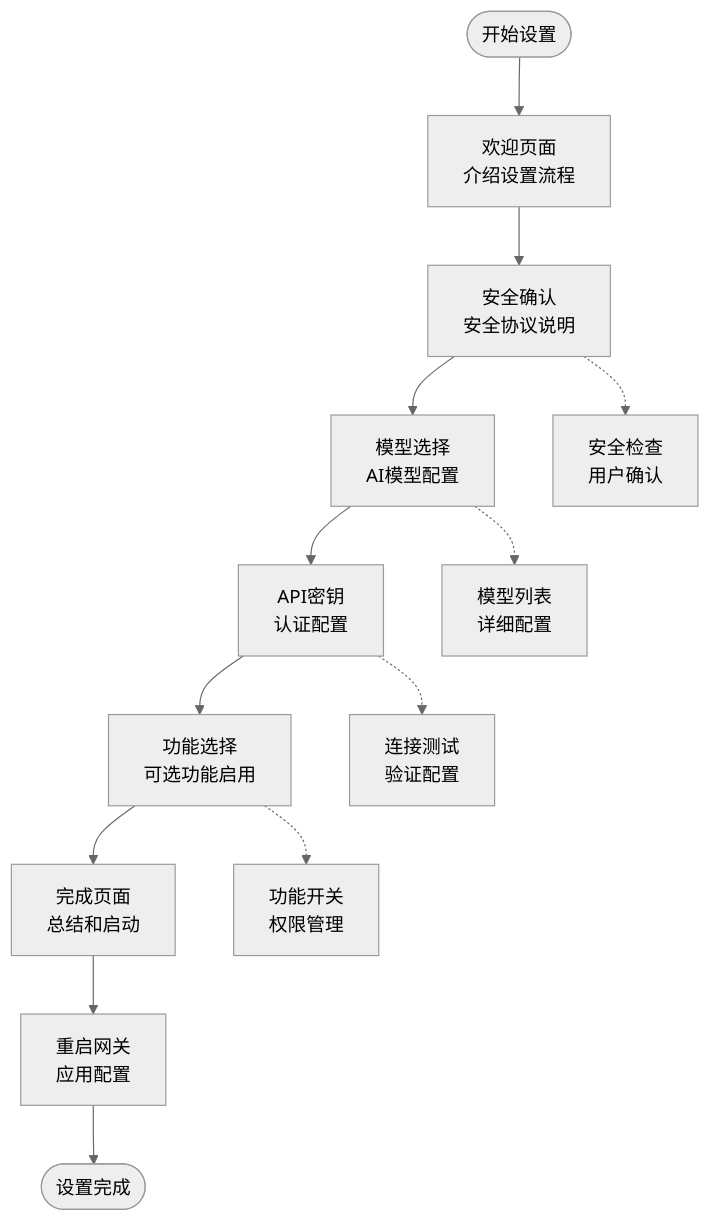
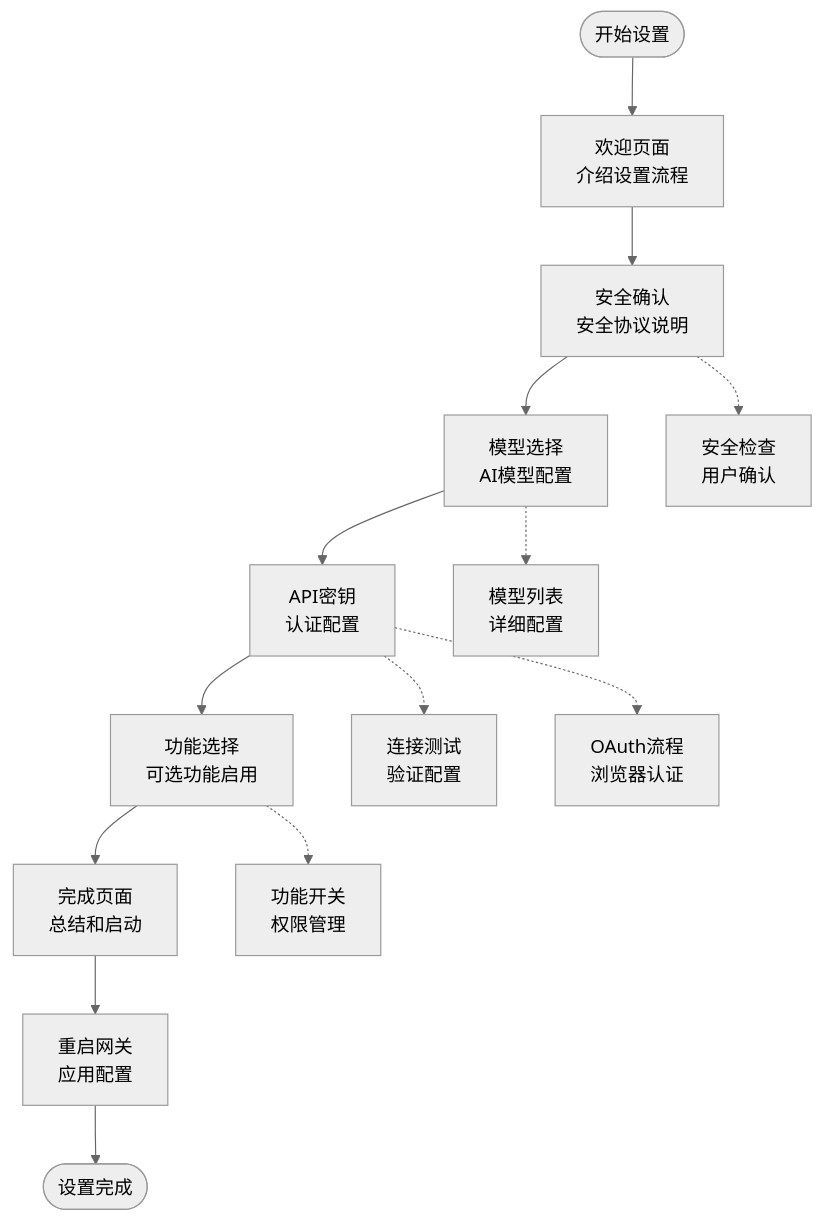
Before and after one commit to verse-ai-org/openclaw: the fourth of 10 diagrams in .qoder/repowiki/zh/content/开发者指南/设置向导系统.md, drawn with Mermaid (neutral theme). The commit also changed other lines of this file and 32 other files, not shown here.

````diff
--- a/.qoder/repowiki/zh/content/开发者指南/设置向导系统.md
+++ b/.qoder/repowiki/zh/content/开发者指南/设置向导系统.md
@@ -193,15 +207,16 @@
 ```mermaid
 flowchart TD
 Start([开始设置]) --> Welcome[欢迎页面<br/>介绍设置流程]
 Welcome --> Security[安全确认<br/>安全协议说明]
 Security --> Model[模型选择<br/>AI模型配置]
 Model --> ApiKey[API密钥<br/>认证配置]
 ApiKey --> Features[功能选择<br/>可选功能启用]
 Features --> Completion[完成页面<br/>总结和启动]
 Security -.-> SecurityCheck[安全检查<br/>用户确认]
 Model -.-> ModelList[模型列表<br/>详细配置]
 ApiKey -.-> TestConnection[连接测试<br/>验证配置]
+ApiKey -.-> OAuthFlow[OAuth流程<br/>浏览器认证]
 Features -.-> FeatureToggle[功能开关<br/>权限管理]
 Completion --> Restart[重启网关<br/>应用配置]
 Restart --> End([设置完成])
 ```
````
